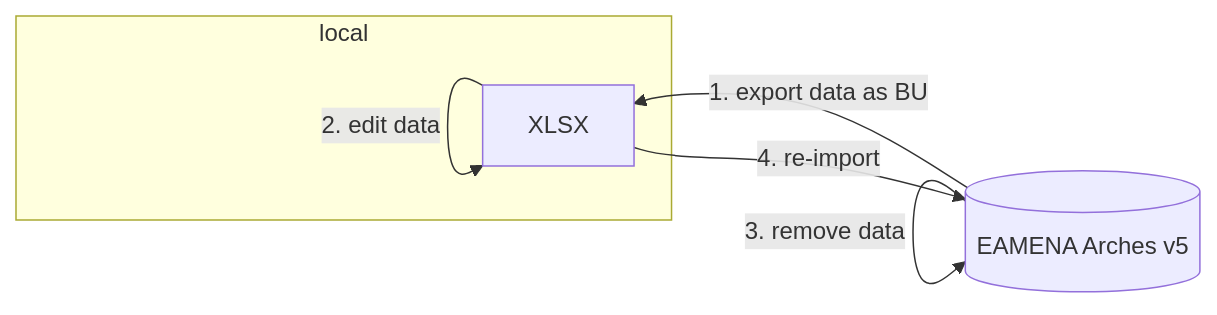
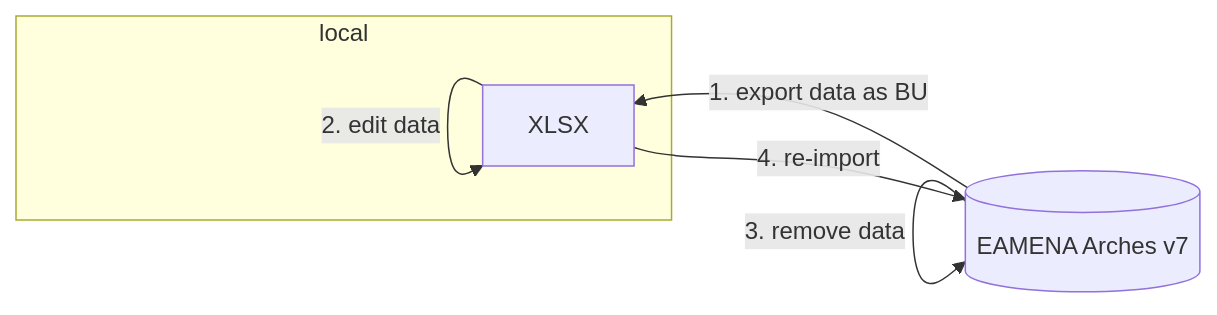
The first of 3 diagrams in data/bulk/README.md (eamena-project/eamena-arches-dev), drawn with Mermaid before and after one commit. The commit also changed 3 other files, not shown here.

````diff
--- a/data/bulk/README.md
+++ b/data/bulk/README.md
@@ -30,9 +30,9 @@
 ```mermaid
 flowchart RL
-    A[(EAMENA Arches v5)] --1. export data as BU--> B[XLSX];
+    A[(EAMENA Arches v7)] --1. export data as BU--> B[XLSX];
     A --3. remove data--> A;
     subgraph local
     B --2. edit data--> B;
     end
     B --4. re-import--> A;
 ```
````
